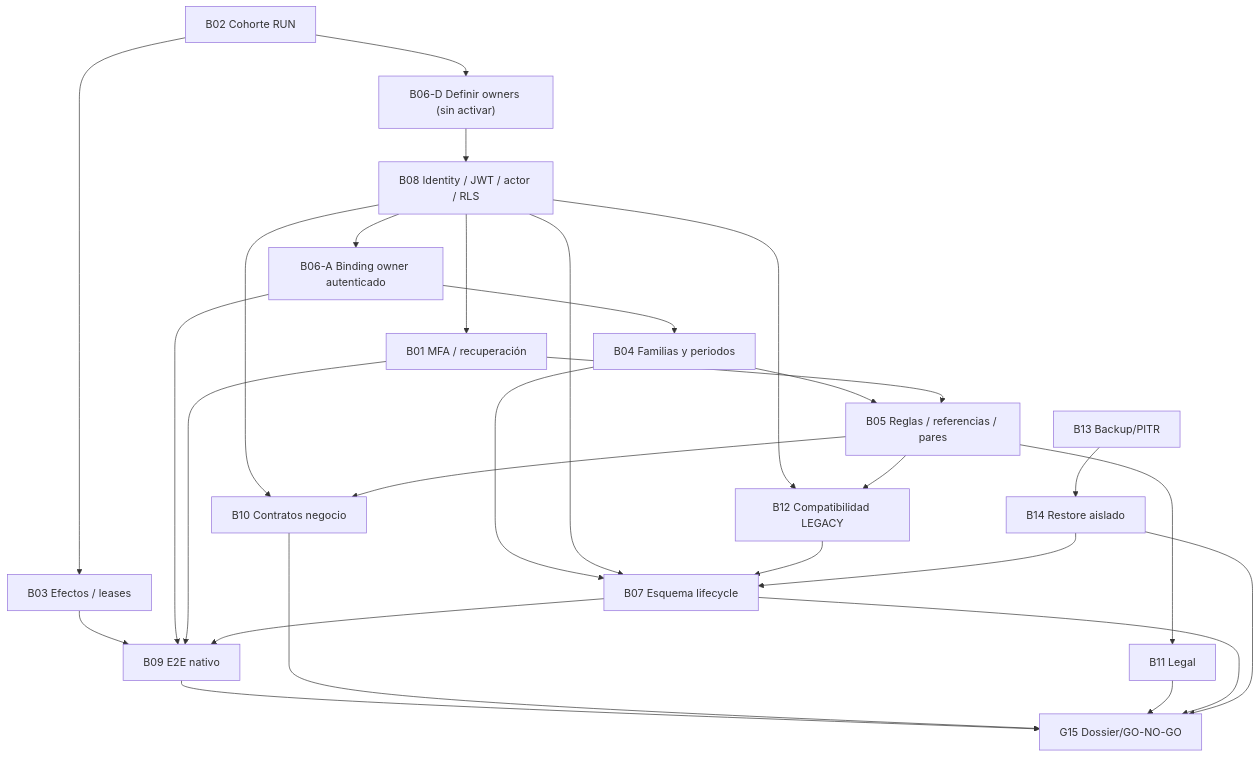
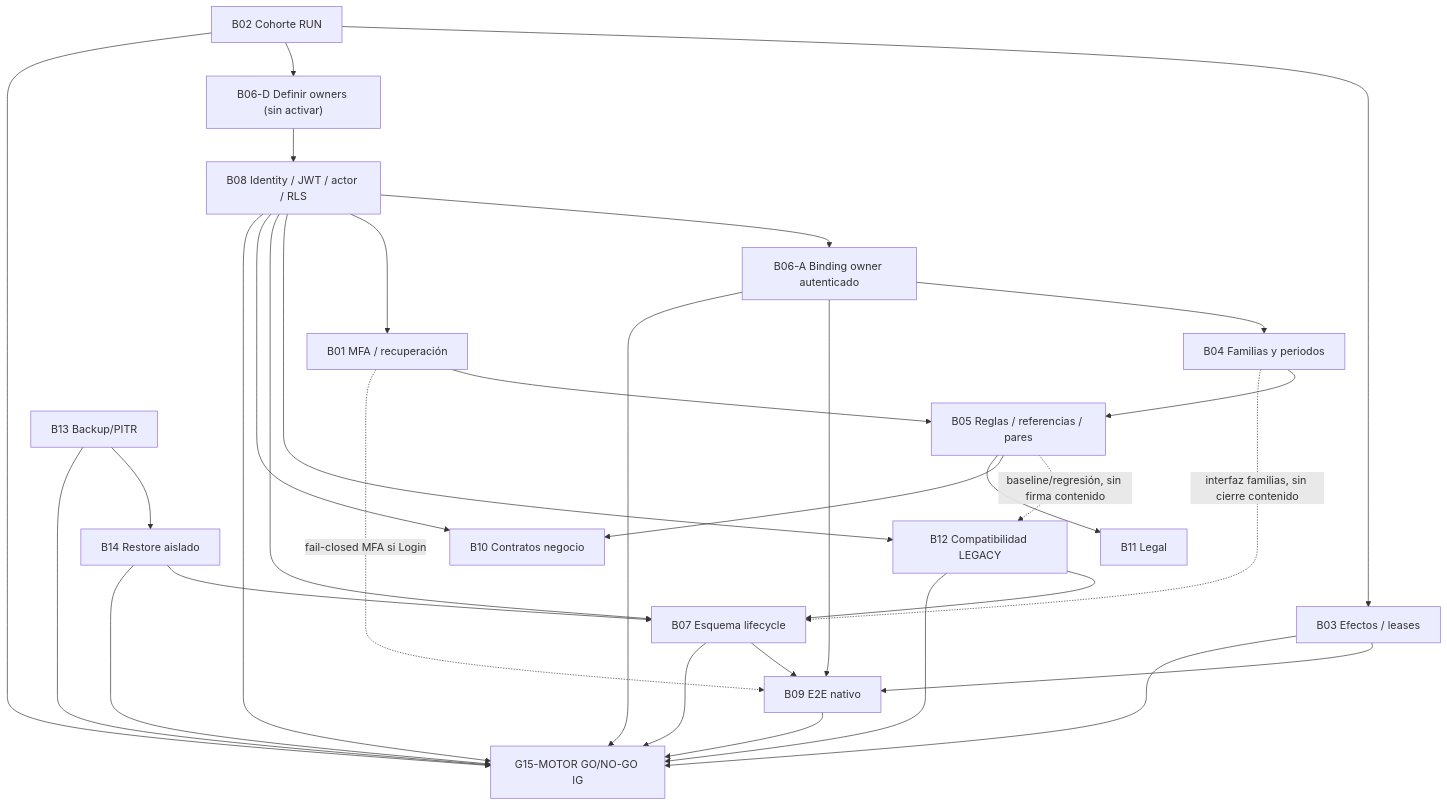
One commit to cristhianlujan/claude-persona-lf-patch changed the diagram in audits/rule-quality-lote28/01_camino_critico_y_dependencias.md. Above: the diagram before and after it, drawn with Mermaid. The commit also changed other lines of this file and 7 other files, not shown here.

````diff
--- a/audits/rule-quality-lote28/01_camino_critico_y_dependencias.md
+++ b/audits/rule-quality-lote28/01_camino_critico_y_dependencias.md
@@ -7,30 +7,34 @@
 ```mermaid
 flowchart TD
   B02["B02 Cohorte RUN"] --> B03["B03 Efectos / leases"]
   B02 --> O0["B06-D Definir owners (sin activar)"]
   O0 --> B08["B08 Identity / JWT / actor / RLS"]
   B08 --> O1["B06-A Binding owner autenticado"]
   O1 --> B04["B04 Familias y periodos"]
   B08 --> B01["B01 MFA / recuperación"]
   B04 --> B05["B05 Reglas / referencias / pares"]
   B01 --> B05
   B08 --> B12["B12 Compatibilidad LEGACY"]
-  B05 --> B12
+  B05 -.->|"baseline/regresión, sin firma contenido"| B12
   B13["B13 Backup/PITR"] --> B14["B14 Restore aislado"]
-  B04 --> B07["B07 Esquema lifecycle"]
+  B04 -.->|"interfaz familias, sin cierre contenido"| B07["B07 Esquema lifecycle"]
   B08 --> B07
   B12 --> B07
   B14 --> B07
   B03 --> B09["B09 E2E nativo"]
   O1 --> B09
-  B01 --> B09
+  B01 -.->|"fail-closed MFA si Login"| B09
   B07 --> B09
   B08 --> B10["B10 Contratos negocio"]
   B05 --> B10
   B05 --> B11["B11 Legal"]
-  B09 --> G15["G15 Dossier/GO-NO-GO"]
-  B10 --> G15
-  B11 --> G15
+  B02 --> G15["G15-MOTOR GO/NO-GO IG"]
+  B03 --> G15
+  O1 --> G15
+  B08 --> G15
   B07 --> G15
+  B12 --> G15
+  B13 --> G15
   B14 --> G15
+  B09 --> G15
 ```
````
